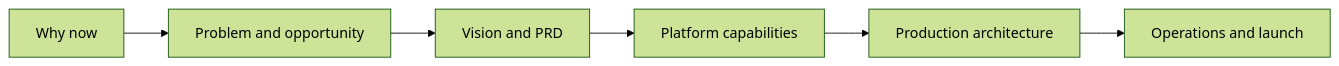
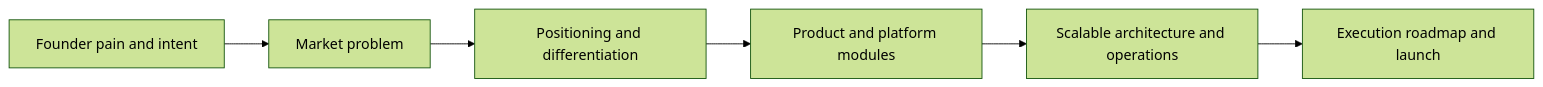
One commit to phamhungptithcm/growthso changed the diagram in docs/index.md. Above: the diagram before and after it, drawn with Mermaid (forest theme). The commit also changed other lines of this file and 28 other files, not shown here.

````diff
--- a/docs/index.md
+++ b/docs/index.md
@@ -27,8 +30,8 @@
 ```mermaid
 flowchart LR
-    A[Why now] --> B[Problem and opportunity]
-    B --> C[Vision and PRD]
-    C --> D[Platform capabilities]
-    D --> E[Production architecture]
-    E --> F[Operations and launch]
+    A[Founder pain and intent] --> B[Market problem]
+    B --> C[Positioning and differentiation]
+    C --> D[Product and platform modules]
+    D --> E[Scalable architecture and operations]
+    E --> F[Execution roadmap and launch]
 ```
````
